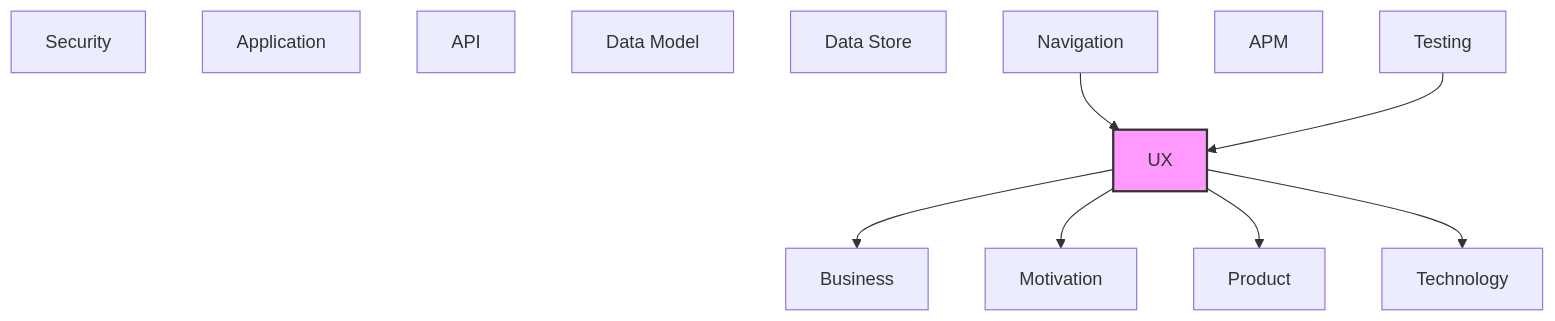
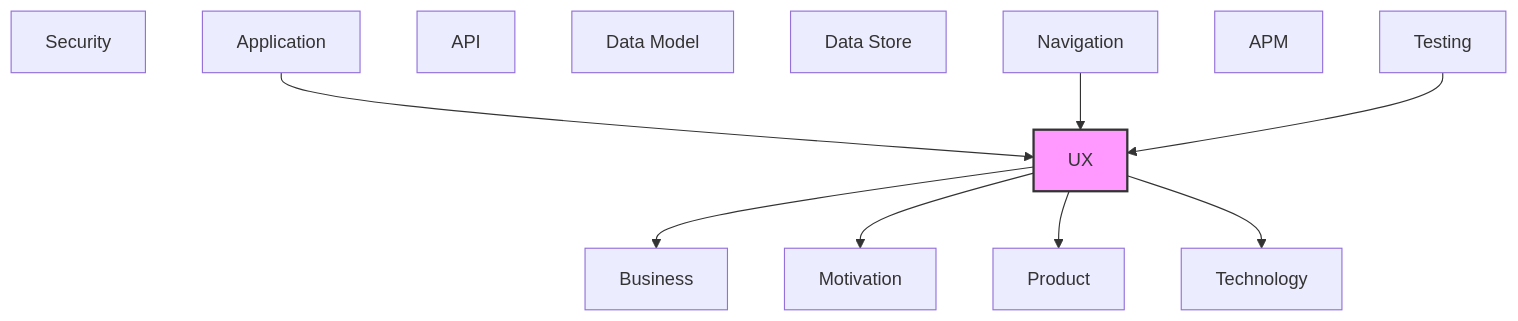
Before and after one commit to tinkermonkey/documentation_robotics_viewer: the second of 2 diagrams in documentation-robotics/reports/10-ux-layer-report.md, drawn with Mermaid. The commit also changed other lines of this file and 65 other files, not shown here.

First line of the commit message:
feat(architecture): C4 diagrams of the model in a new Architecture view

````diff
--- a/documentation-robotics/reports/10-ux-layer-report.md
+++ b/documentation-robotics/reports/10-ux-layer-report.md
@@ -78,24 +82,25 @@
 ```mermaid
 flowchart TB
   classDef current fill:#f9f,stroke:#333,stroke-width:2px
   motivation["Motivation"]
   business["Business"]
   product["Product"]
   security["Security"]
   application["Application"]
   technology["Technology"]
   api["API"]
   data_model["Data Model"]
   data_store["Data Store"]
   ux["UX"]
   navigation["Navigation"]
   apm["APM"]
   testing["Testing"]
+  application --> ux
   navigation --> ux
   testing --> ux
   ux --> business
   ux --> motivation
   ux --> product
   ux --> technology
   class ux current
 ```
````
